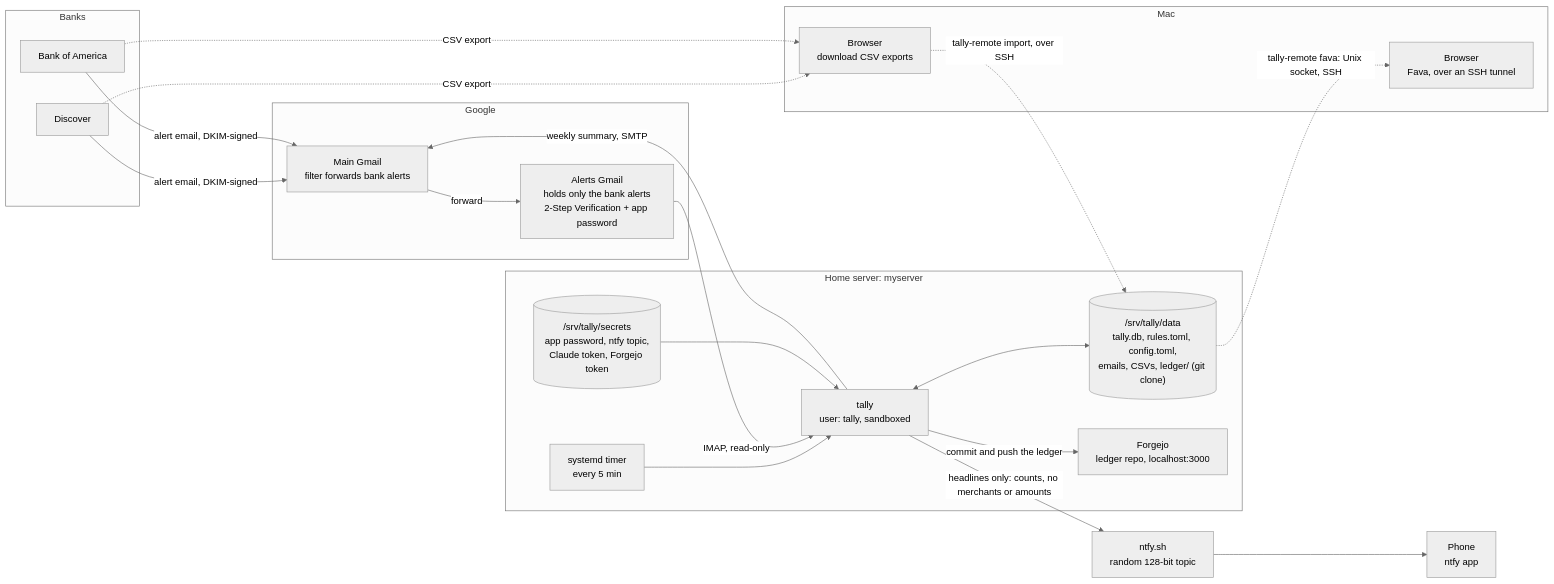
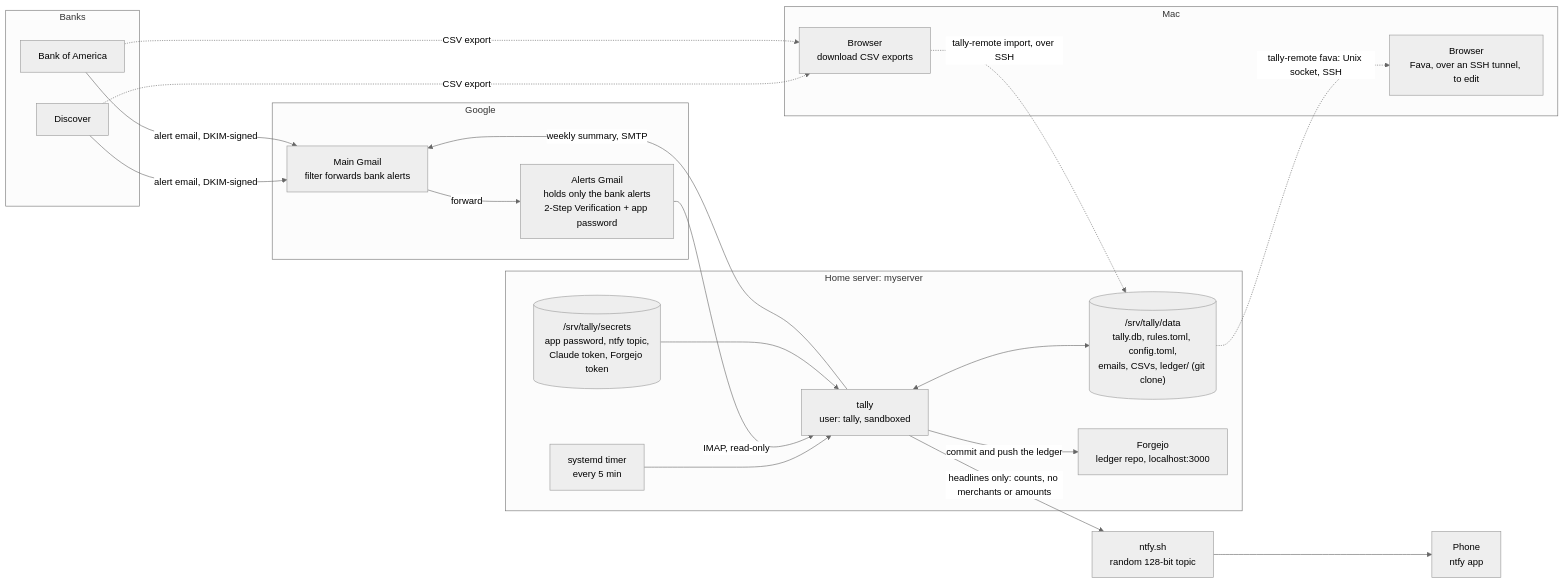
One commit to vmenon04/tally changed the first of 6 diagrams in docs/architecture.md. Above: the diagram before and after it, drawn with Mermaid (neutral theme). The commit also changed other lines of this file and 20 other files, not shown here.

````diff
--- a/docs/architecture.md
+++ b/docs/architecture.md
@@ -12,45 +12,45 @@
 ```mermaid
 flowchart LR
     subgraph banks["Banks"]
         discover_bank["Discover"]
         bofa_bank["Bank of America"]
     end
 
     subgraph google["Google"]
         main_gmail["Main Gmail<br/>filter forwards bank alerts"]
         alerts_gmail["Alerts Gmail<br/>holds only the bank alerts<br/>2-Step Verification + app password"]
     end
 
     subgraph mac["Mac"]
         browser["Browser<br/>download CSV exports"]
-        fava_view["Browser<br/>Fava, over an SSH tunnel"]
+        fava_view["Browser<br/>Fava, over an SSH tunnel, to edit"]
     end
 
     subgraph server["Home server: myserver"]
         timer["systemd timer<br/>every 5 min"]
         tally["tally<br/>user: tally, sandboxed"]
         data[("/srv/tally/data<br/>tally.db, rules.toml, config.toml,<br/>emails, CSVs, ledger/ (git clone)")]
         secrets[("/srv/tally/secrets<br/>app password, ntfy topic,<br/>Claude token, Forgejo token")]
         forgejo["Forgejo<br/>ledger repo, localhost:3000"]
     end
 
     ntfy["ntfy.sh<br/>random 128-bit topic"]
     phone["Phone<br/>ntfy app"]
 
     discover_bank -- "alert email, DKIM-signed" --> main_gmail
     bofa_bank -- "alert email, DKIM-signed" --> main_gmail
     main_gmail -- "forward" --> alerts_gmail
     discover_bank -. "CSV export" .-> browser
     bofa_bank -. "CSV export" .-> browser
     browser -. "tally-remote import, over SSH" .-> data
 
     timer --> tally
     alerts_gmail -- "IMAP, read-only" --> tally
     tally <--> data
     secrets --> tally
     tally -- "commit and push the ledger" --> forgejo
     data -. "tally-remote fava: Unix socket, SSH" .-> fava_view
     tally -- "weekly summary, SMTP" --> main_gmail
     tally -- "headlines only: counts, no merchants or amounts" --> ntfy
     ntfy --> phone
 ```
````
